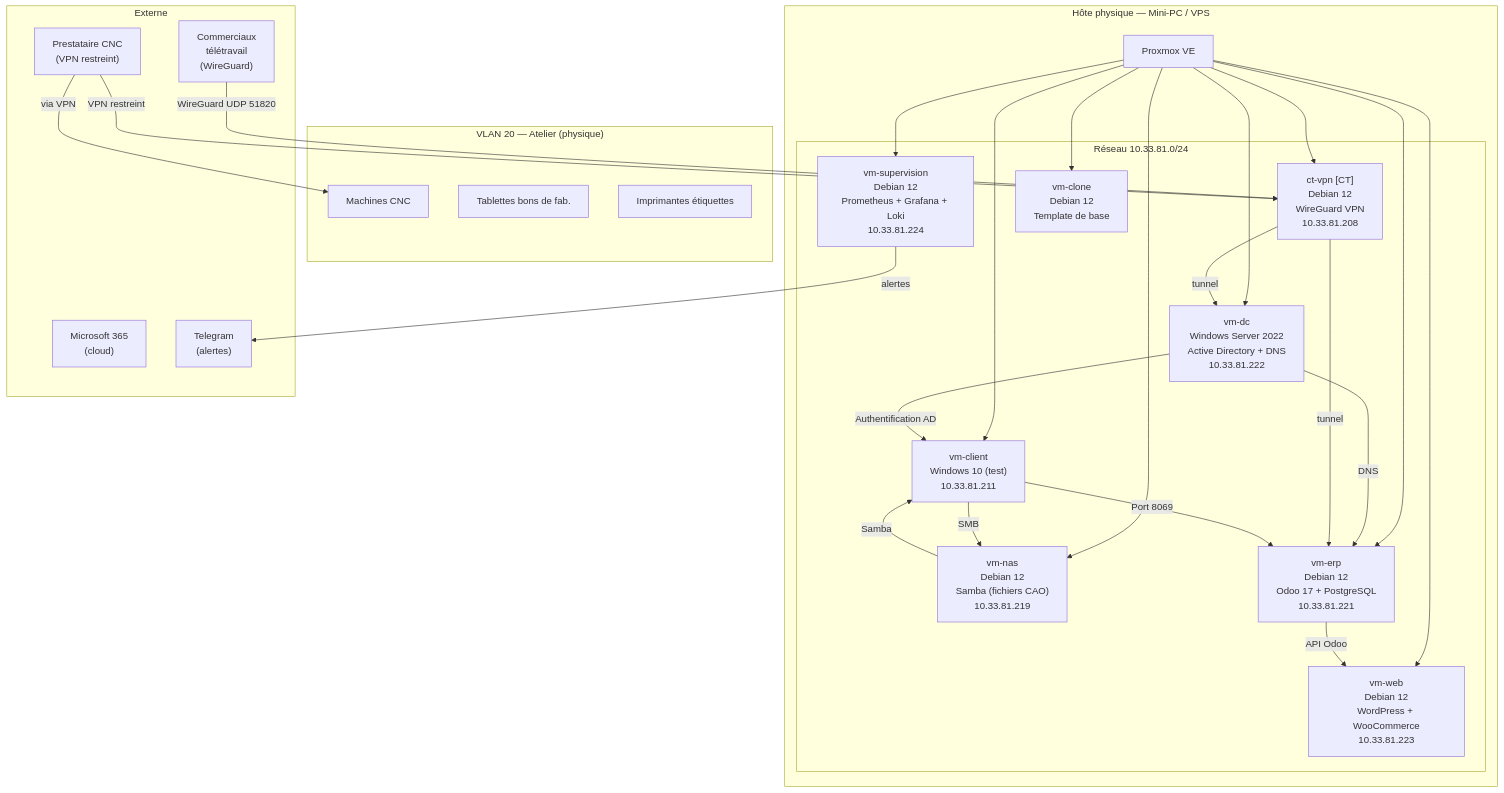
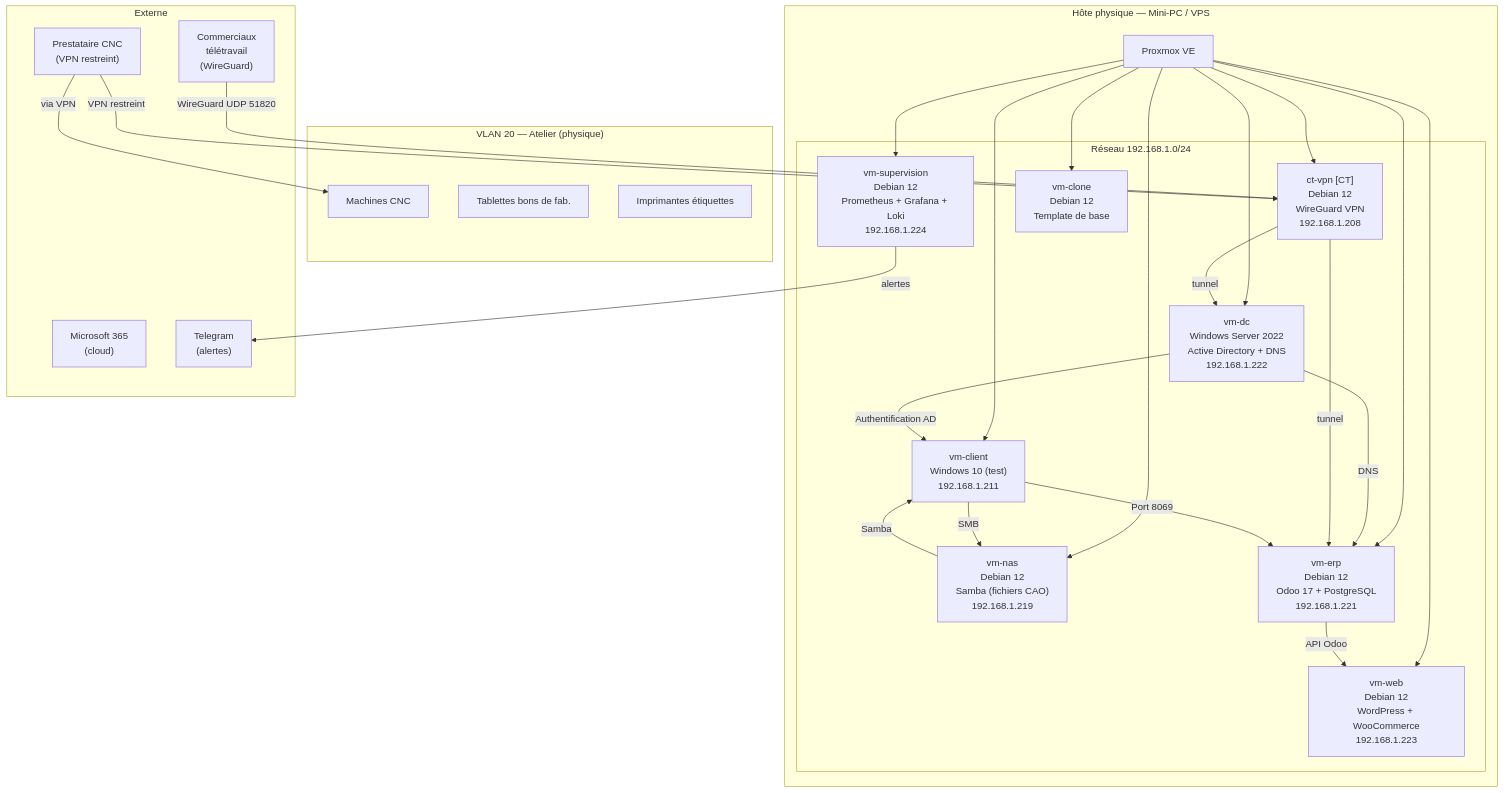
Before and after one commit to Orealyz/metalis: the diagram in schemas/architecture-logique.md, drawn with Mermaid. The commit also changed other lines of this file and 7 other files, not shown here.

````diff
--- a/schemas/architecture-logique.md
+++ b/schemas/architecture-logique.md
@@ -5,54 +5,54 @@
 ```mermaid
 graph TD
     subgraph Physique["Hôte physique — Mini-PC / VPS"]
         PVE["Proxmox VE"]
 
-        subgraph Réseau["Réseau 10.33.81.0/24"]
-            VPN["ct-vpn [CT]\nDebian 12\nWireGuard VPN\n10.33.81.208"]
-            DC["vm-dc\nWindows Server 2022\nActive Directory + DNS\n10.33.81.222"]
-            NAS["vm-nas\nDebian 12\nSamba (fichiers CAO)\n10.33.81.219"]
-            ERP["vm-erp\nDebian 12\nOdoo 17 + PostgreSQL\n10.33.81.221"]
-            WEB["vm-web\nDebian 12\nWordPress + WooCommerce\n10.33.81.223"]
-            SUP["vm-supervision\nDebian 12\nPrometheus + Grafana + Loki\n10.33.81.224"]
-            CLIENT["vm-client\nWindows 10 (test)\n10.33.81.211"]
+        subgraph Réseau["Réseau 192.168.1.0/24"]
+            VPN["ct-vpn [CT]\nDebian 12\nWireGuard VPN\n192.168.1.208"]
+            DC["vm-dc\nWindows Server 2022\nActive Directory + DNS\n192.168.1.222"]
+            NAS["vm-nas\nDebian 12\nSamba (fichiers CAO)\n192.168.1.219"]
+            ERP["vm-erp\nDebian 12\nOdoo 17 + PostgreSQL\n192.168.1.221"]
+            WEB["vm-web\nDebian 12\nWordPress + WooCommerce\n192.168.1.223"]
+            SUP["vm-supervision\nDebian 12\nPrometheus + Grafana + Loki\n192.168.1.224"]
+            CLIENT["vm-client\nWindows 10 (test)\n192.168.1.211"]
             CLONE["vm-clone\nDebian 12\nTemplate de base"]
         end
     end
 
     subgraph VLAN20["VLAN 20 — Atelier (physique)"]
         CNC["Machines CNC"]
         TAB["Tablettes bons de fab."]
         ETI["Imprimantes étiquettes"]
     end
 
     subgraph Externe
         M365["Microsoft 365\n(cloud)"]
         VPN_CT["Commerciaux\ntélétravail\n(WireGuard)"]
         PREST["Prestataire CNC\n(VPN restreint)"]
         TELEGRAM["Telegram\n(alertes)"]
     end
 
     PVE --> VPN
     PVE --> DC
     PVE --> NAS
     PVE --> ERP
     PVE --> WEB
     PVE --> SUP
     PVE --> CLIENT
     PVE --> CLONE
 
     DC -- "Authentification AD" --> CLIENT
     DC -- "DNS" --> ERP
     NAS -- "Samba" --> CLIENT
     ERP -- "API Odoo" --> WEB
 
     VPN_CT -- "WireGuard UDP 51820" --> VPN
     PREST -- "VPN restreint" --> VPN
     VPN -- "tunnel" --> DC
     VPN -- "tunnel" --> ERP
     PREST -- "via VPN" --> CNC
     CLIENT -- "Port 8069" --> ERP
     CLIENT -- "SMB" --> NAS
 
     SUP -- "alertes" --> TELEGRAM
 ```
````
